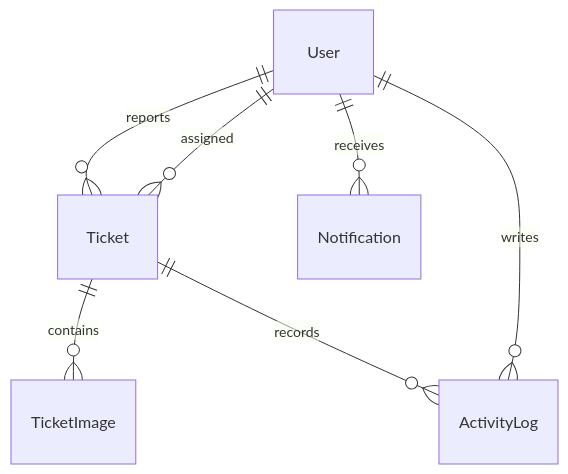
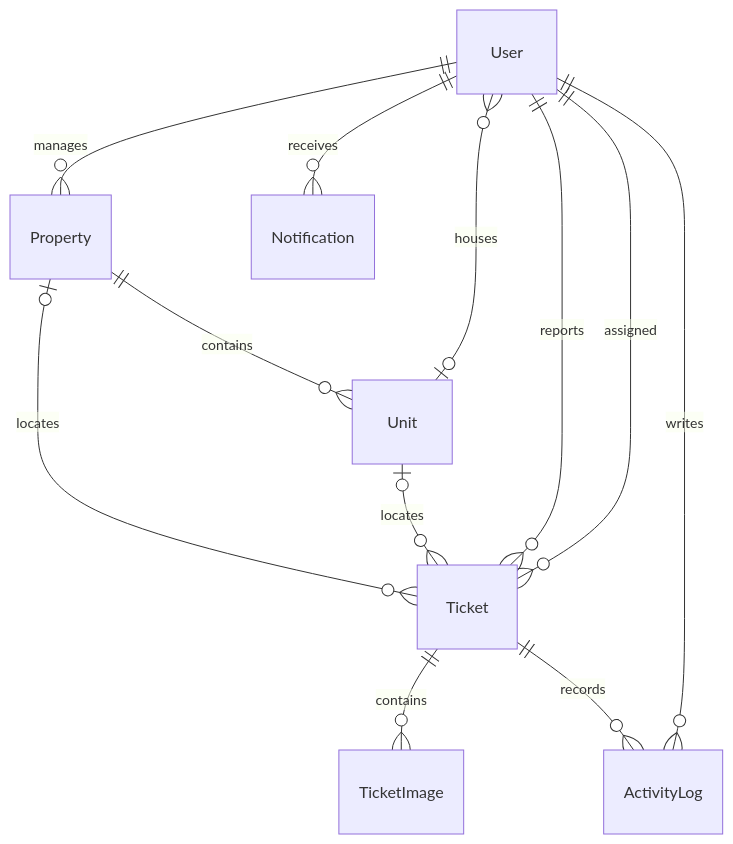
One commit to shashwatmishra18/proptech-maintenance changed the diagram in README.md. Above: the diagram before and after it, drawn with Mermaid. The commit also changed other lines of this file and 11 other files, not shown here.

````diff
--- a/README.md
+++ b/README.md
@@ -192,9 +213,14 @@
 ```mermaid
 erDiagram
+    User ||--o{ Property : manages
+    Property ||--o{ Unit : contains
+    Unit o|--o{ User : houses
+    Property o|--o{ Ticket : locates
+    Unit o|--o{ Ticket : locates
     User ||--o{ Ticket : reports
     User ||--o{ Ticket : assigned
     Ticket ||--o{ TicketImage : contains
     Ticket ||--o{ ActivityLog : records
     User ||--o{ ActivityLog : writes
     User ||--o{ Notification : receives
 ```
````
